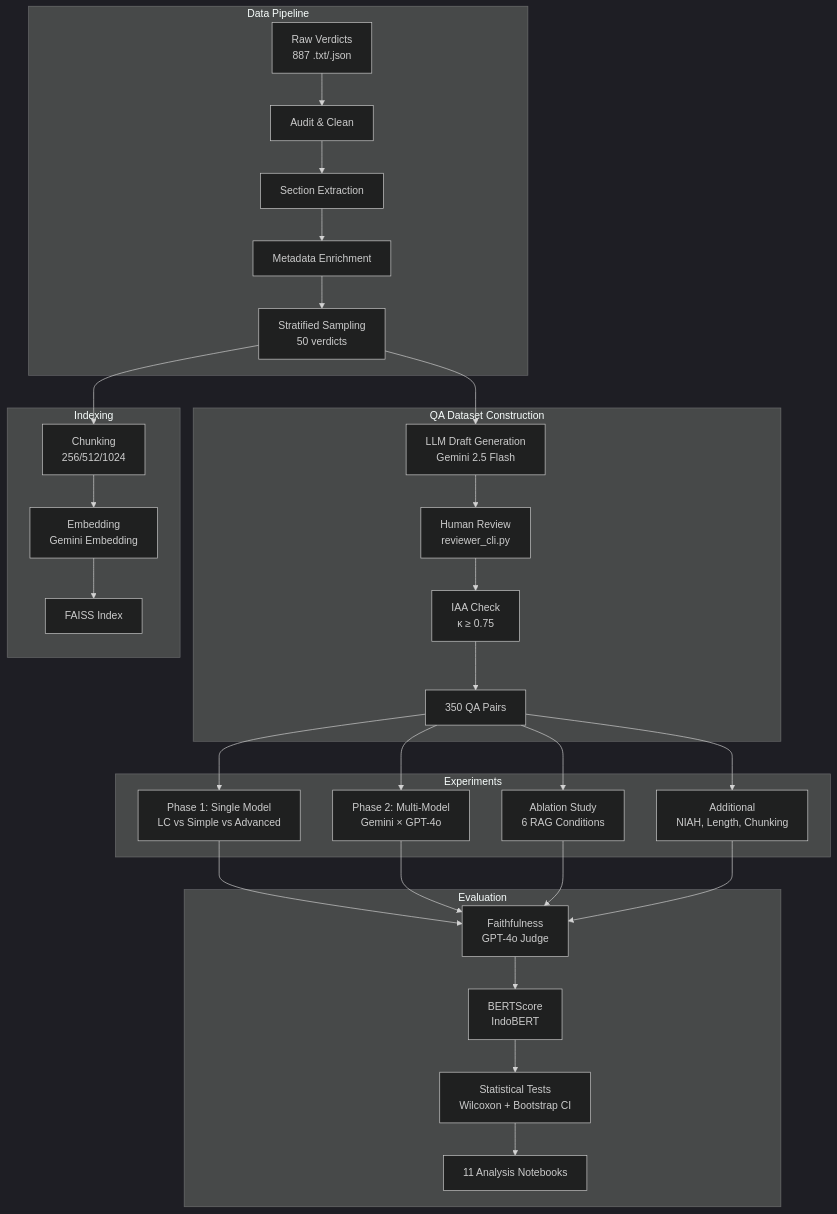
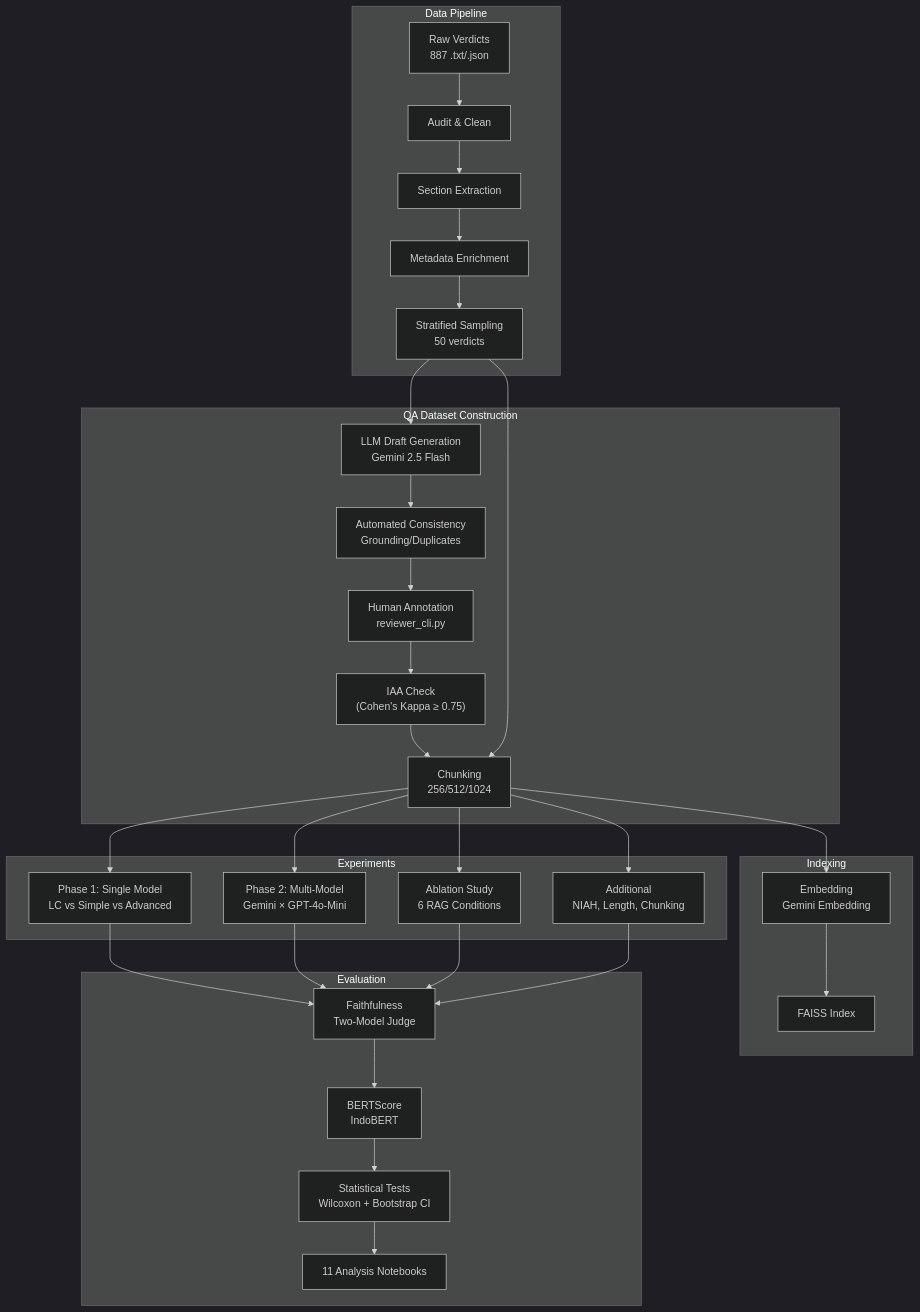
The diagram in README.md (Shiverion/VerdictBench-LCvsRAG), drawn with Mermaid (dark theme) before and after one commit. The commit also changed other lines of this file and 6 other files, not shown here.

Commit message:
fix(eval): Implement two-model Gemini judge pipeline and smart resume logic

````diff
--- a/README.md
+++ b/README.md
@@ -42,36 +47,37 @@
 ```mermaid
 graph TB
     subgraph "Data Pipeline"
         A[Raw Verdicts<br/>887 .txt/.json] --> B[Audit & Clean]
         B --> C[Section Extraction]
         C --> D[Metadata Enrichment]
         D --> E[Stratified Sampling<br/>50 verdicts]
     end
 
     subgraph "QA Dataset Construction"
         E --> F[LLM Draft Generation<br/>Gemini 2.5 Flash]
-        F --> G[Human Review<br/>reviewer_cli.py]
-        G --> H[IAA Check<br/>κ ≥ 0.75]
-        H --> I[350 QA Pairs]
+        F --> G[Automated Consistency<br/>Grounding/Duplicates]
+        G --> H[Human Annotation<br/>reviewer_cli.py]
+        H --> I["IAA Check<br/>(Cohen's Kappa ≥ 0.75)"]
+        I --> J[350 QA Pairs]
     end
 
     subgraph "Indexing"
         E --> J[Chunking<br/>256/512/1024]
         J --> K[Embedding<br/>Gemini Embedding]
         K --> L[FAISS Index]
     end
 
     subgraph "Experiments"
-        I --> M[Phase 1: Single Model<br/>LC vs Simple vs Advanced]
-        I --> N[Phase 2: Multi-Model<br/>Gemini × GPT-4o]
-        I --> O[Ablation Study<br/>6 RAG Conditions]
-        I --> P[Additional<br/>NIAH, Length, Chunking]
+        J --> M[Phase 1: Single Model<br/>LC vs Simple vs Advanced]
+        J --> N[Phase 2: Multi-Model<br/>Gemini × GPT-4o-Mini]
+        J --> O[Ablation Study<br/>6 RAG Conditions]
+        J --> P[Additional<br/>NIAH, Length, Chunking]
     end
 
     subgraph "Evaluation"
-        M & N & O & P --> Q[Faithfulness<br/>GPT-4o Judge]
+        M & N & O & P --> Q[Faithfulness<br/>Two-Model Judge]
         Q --> R[BERTScore<br/>IndoBERT]
         R --> S[Statistical Tests<br/>Wilcoxon + Bootstrap CI]
         S --> T[11 Analysis Notebooks]
     end
 ```
````
